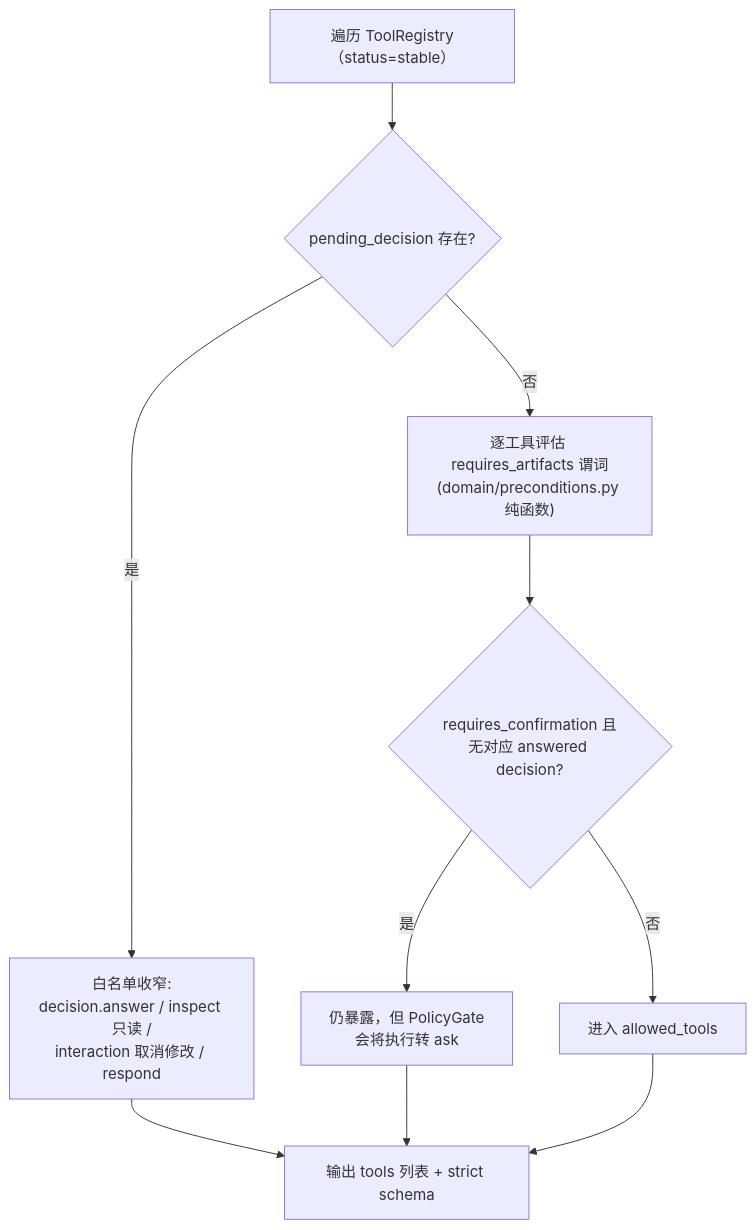
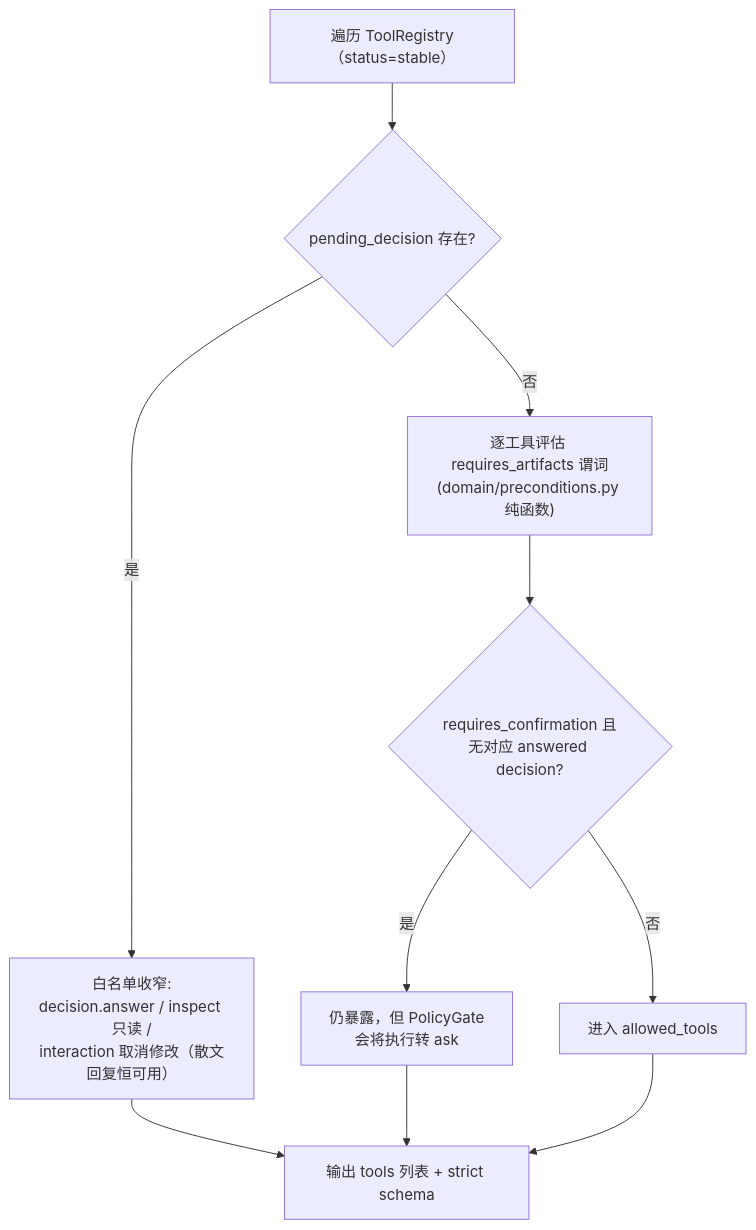
Before and after one commit to nanzhi84/Rushes: the sixth of 23 diagrams in chat_first_editing_agent_prd_v1_2.md, drawn with Mermaid. The commit also changed other lines of this file and 40 other files, not shown here.

````diff
--- a/chat_first_editing_agent_prd_v1_2.md
+++ b/chat_first_editing_agent_prd_v1_2.md
@@ -640,12 +646,12 @@
 ```mermaid
 flowchart TB
   A["遍历 ToolRegistry（status=stable）"] --> B{"pending_decision 存在?"}
-  B -->|是| C["白名单收窄:<br/>decision.answer / inspect 只读 /<br/>interaction 取消修改 / respond"]
+  B -->|是| C["白名单收窄:<br/>decision.answer / inspect 只读 /<br/>interaction 取消修改（散文回复恒可用）"]
   B -->|否| D["逐工具评估 requires_artifacts 谓词<br/>(domain/preconditions.py 纯函数)"]
   D --> E{"requires_confirmation 且<br/>无对应 answered decision?"}
   E -->|是| F["仍暴露，但 PolicyGate<br/>会将执行转 ask"]
   E -->|否| G["进入 allowed_tools"]
   C --> H["输出 tools 列表 + strict schema"]
   F --> H
   G --> H
 ```
````
